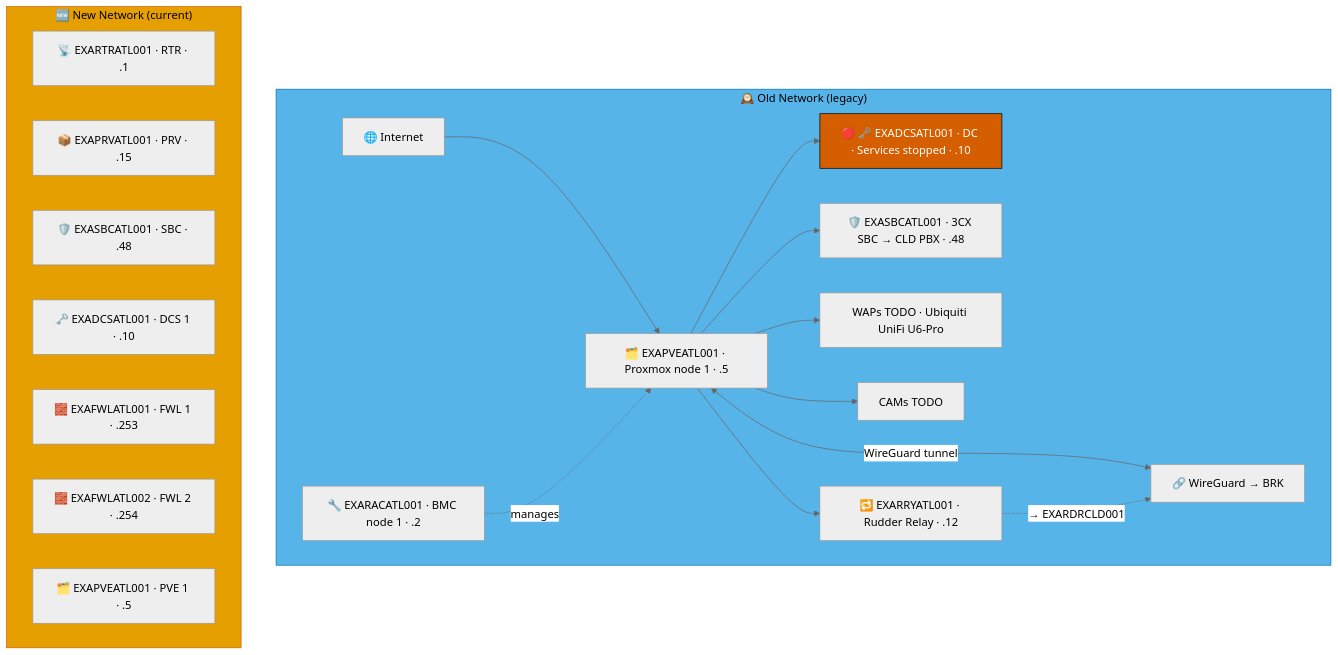
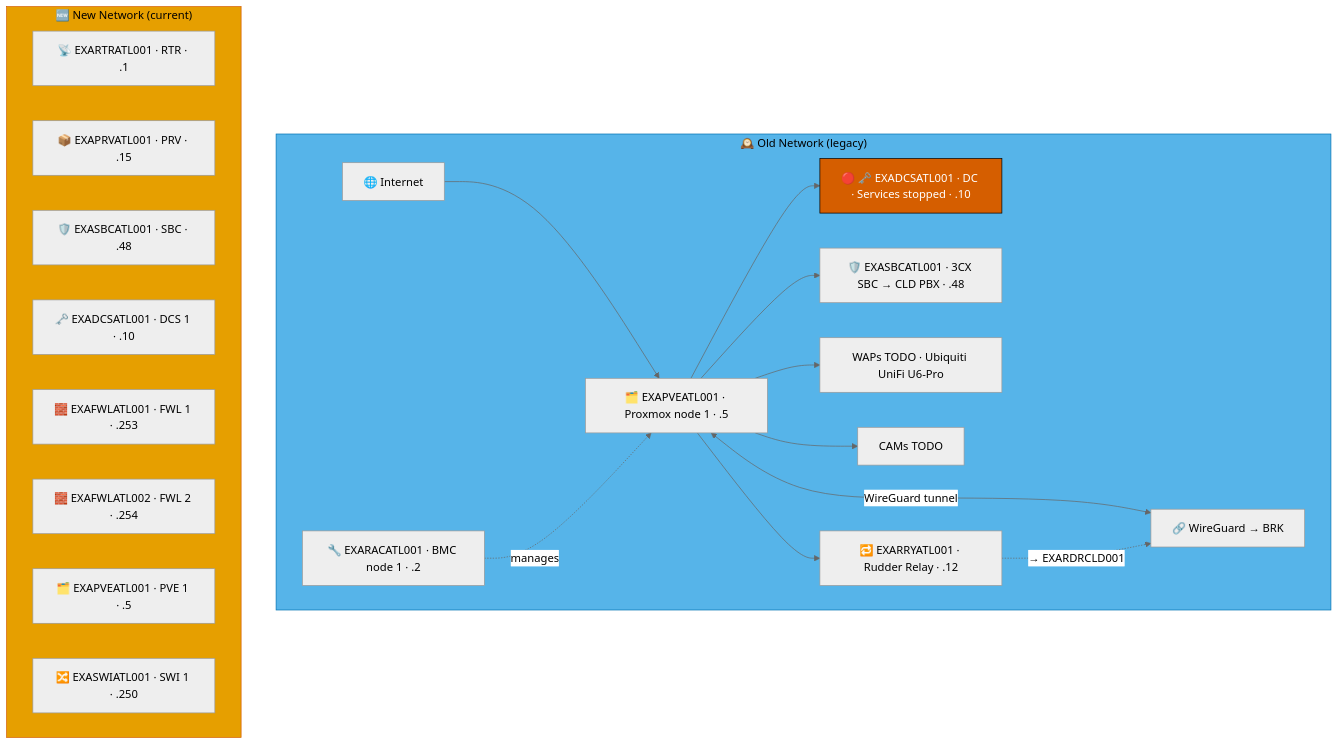
Before and after one commit to knightmare2600/example_music_infra: the fifth of 8 diagrams in docs/network-diagram/united-states.md, drawn with Mermaid (neutral theme). The commit also changed other lines of this file and 12 other files, not shown here.

````diff
--- a/docs/network-diagram/united-states.md
+++ b/docs/network-diagram/united-states.md
@@ -234,37 +237,38 @@
 ```mermaid
 graph TD
     subgraph OLD_ATL ["🕰️ Old Network (legacy)"]
       INET["🌐 Internet"]
       RAC["🔧 EXARACATL001 · BMC node 1 · .2"]
       PVE["🗂️ EXAPVEATL001 · Proxmox node 1 · .5"]
       DC["🔴 🗝️ EXADCSATL001 · DC · Services stopped · .10"]
       SBC["🛡️ EXASBCATL001 · 3CX SBC → CLD PBX · .48"]
       RRY["🔁 EXARRYATL001 · Rudder Relay · .12"]
       WAP["WAPs TODO · Ubiquiti UniFi U6-Pro"]
       CAM["CAMs TODO"]
       VPN["🔗 WireGuard → BRK"]
 
       INET --> PVE --> DC & SBC
       RAC -.->|"manages"| PVE
       PVE --> WAP & CAM
       PVE <-->|"WireGuard tunnel"| VPN
 
       PVE --> RRY
       RRY -. "→ EXARDRCLD001" .-> VPN
     end
     style OLD_ATL fill:#56B4E9,stroke:#0072B2,color:#000000
     %% GENERATED:NEW-NETWORK:ATL:START
     subgraph NEW_ATL ["🆕 New Network (current)"]
       N_RTR["📡 EXARTRATL001 · RTR · .1"]
       N_PRV["📦 EXAPRVATL001 · PRV · .15"]
       N_SBC["🛡️ EXASBCATL001 · SBC · .48"]
       N_DCS["🗝️ EXADCSATL001 · DCS 1 · .10"]
       N_FWL["🧱 EXAFWLATL001 · FWL 1 · .253"]
       N_FWL2["🧱 EXAFWLATL002 · FWL 2 · .254"]
       N_PVE["🗂️ EXAPVEATL001 · PVE 1 · .5"]
+      N_SWI["🔀 EXASWIATL001 · SWI 1 · .250"]
     end
     style NEW_ATL fill:#E69F00,stroke:#D55E00,color:#000000
     %% GENERATED:NEW-NETWORK:ATL:END
     classDef warn fill:#D55E00,stroke:#000000,color:#ffffff
     class DC warn
 ```
````
